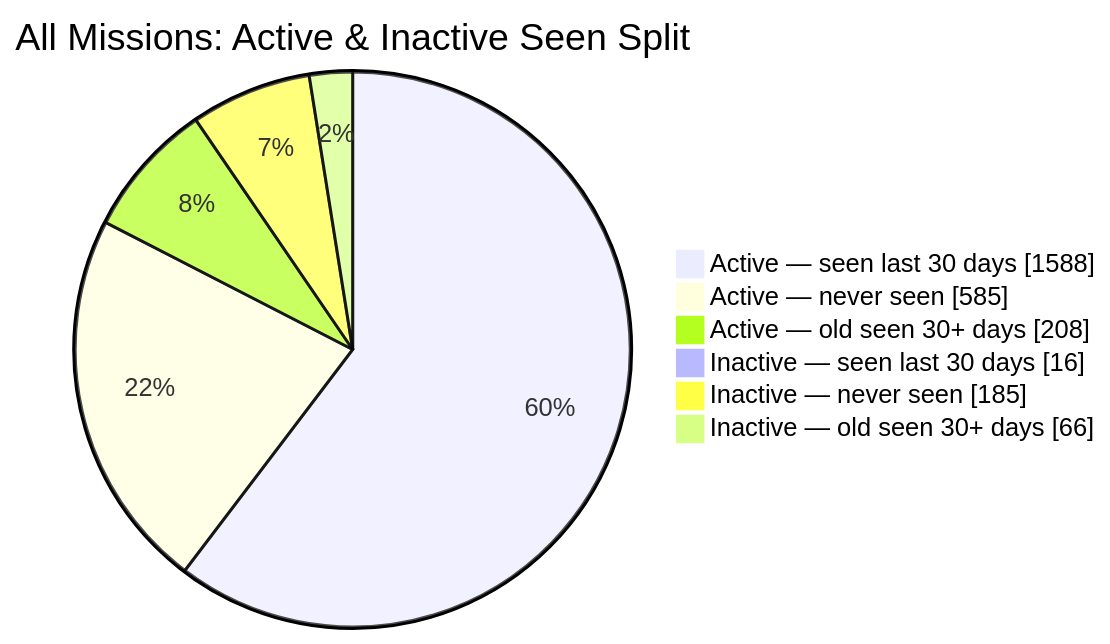
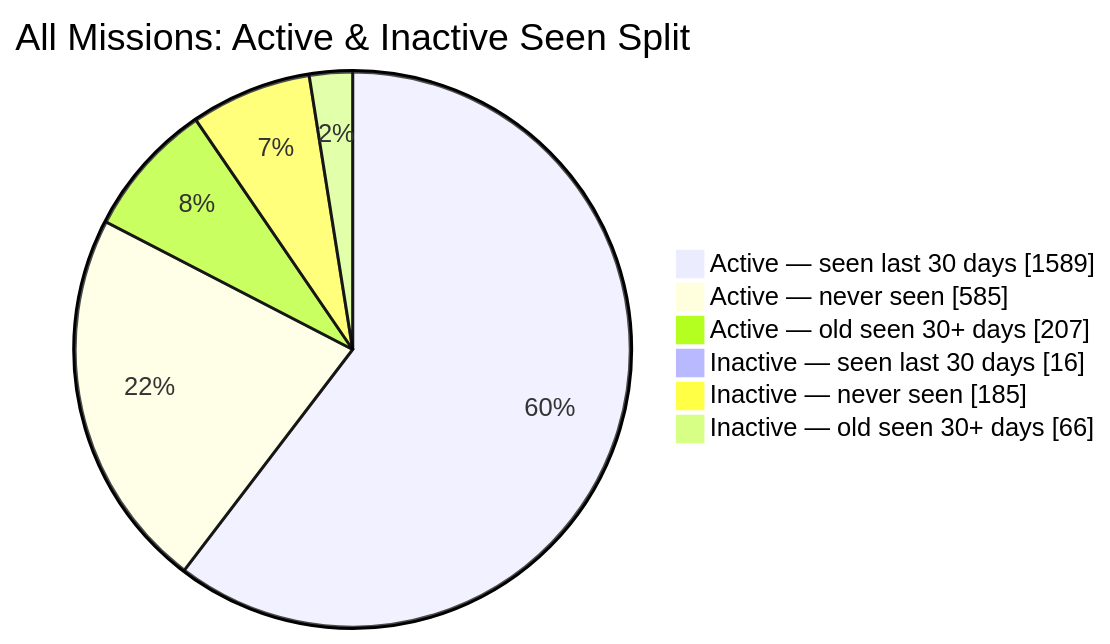
Before and after one commit to MeldkamerspelGameTeam/active-missions: the second of 2 diagrams in README.md, drawn with Mermaid. The commit also changed other lines of this file and 2 other files, not shown here.

````diff
--- a/README.md
+++ b/README.md
@@ -44,10 +44,10 @@
 ```mermaid
 pie showData
     title All Missions: Active & Inactive Seen Split
-    "Active — seen last 30 days" : 1588
+    "Active — seen last 30 days" : 1589
     "Active — never seen" : 585
-    "Active — old seen 30+ days" : 208
+    "Active — old seen 30+ days" : 207
     "Inactive — seen last 30 days" : 16
     "Inactive — never seen" : 185
     "Inactive — old seen 30+ days" : 66
 ```
````
